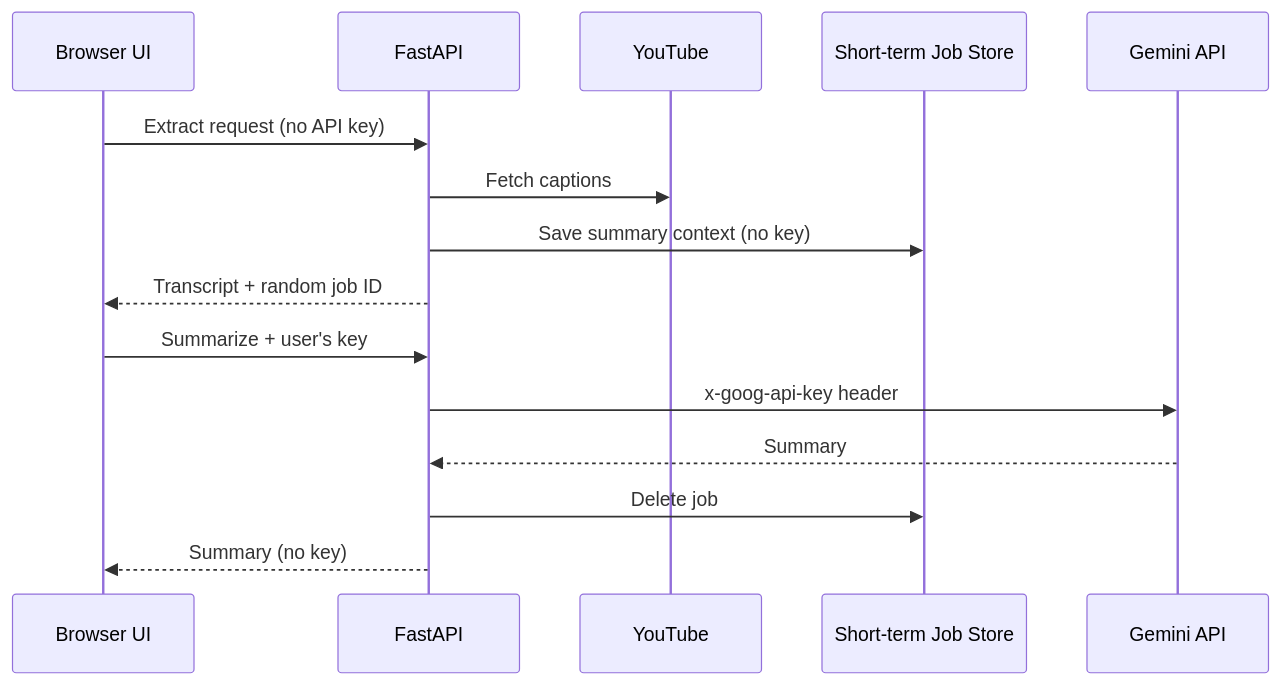
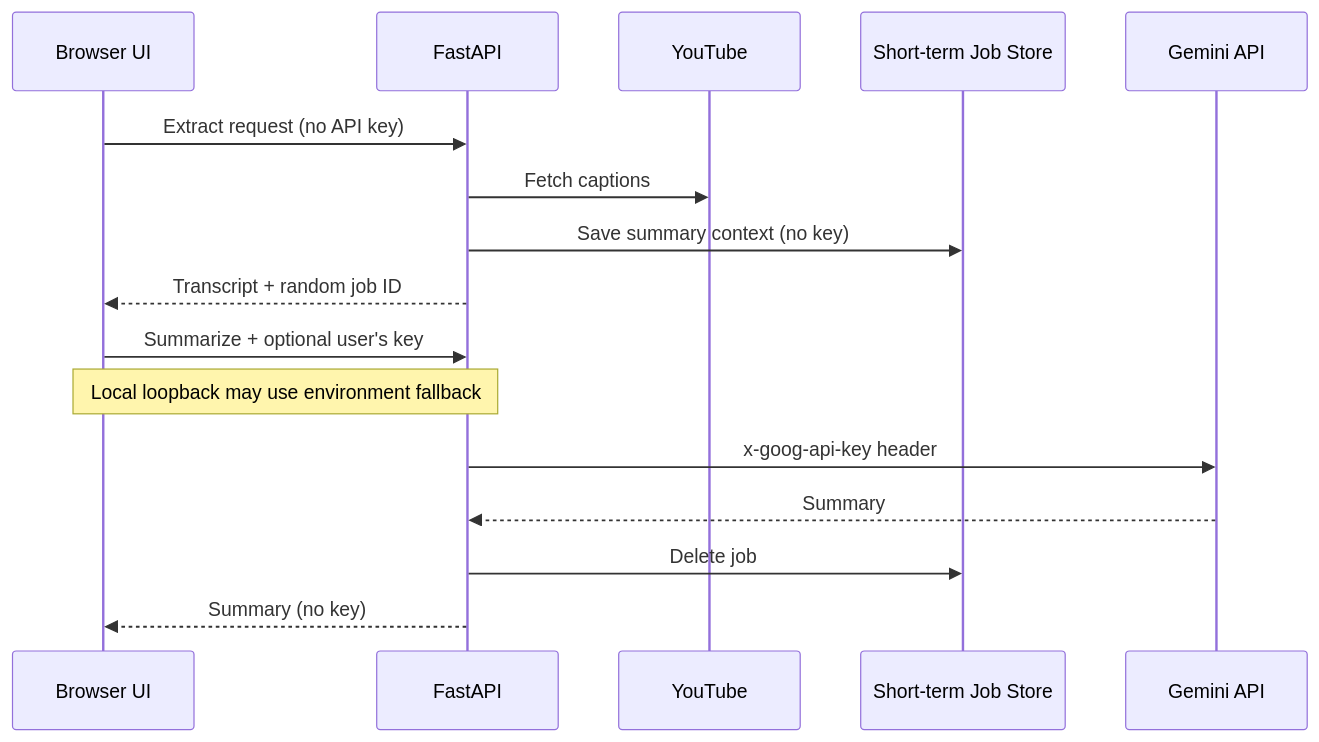
One commit to kkensuke/yt_transcript changed the diagram in docs/architecture.md. Above: the diagram before and after it, drawn with Mermaid. The commit also changed other lines of this file and 9 other files, not shown here.

Commit message:
feat: allow local web Gemini environment fallback

````diff
--- a/docs/architecture.md
+++ b/docs/architecture.md
@@ -14,18 +15,19 @@
 ```mermaid
 sequenceDiagram
     participant UI as Browser UI
     participant API as FastAPI
     participant YT as YouTube
     participant Store as Short-term Job Store
     participant Gemini as Gemini API
 
     UI->>API: Extract request (no API key)
     API->>YT: Fetch captions
     API->>Store: Save summary context (no key)
     API-->>UI: Transcript + random job ID
-    UI->>API: Summarize + user's key
+    UI->>API: Summarize + optional user's key
+    Note over UI,API: Local loopback may use environment fallback
     API->>Gemini: x-goog-api-key header
     Gemini-->>API: Summary
     API->>Store: Delete job
     API-->>UI: Summary (no key)
 ```
````
